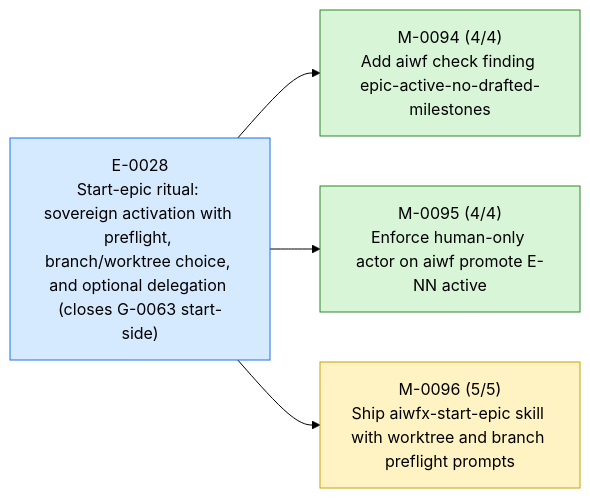
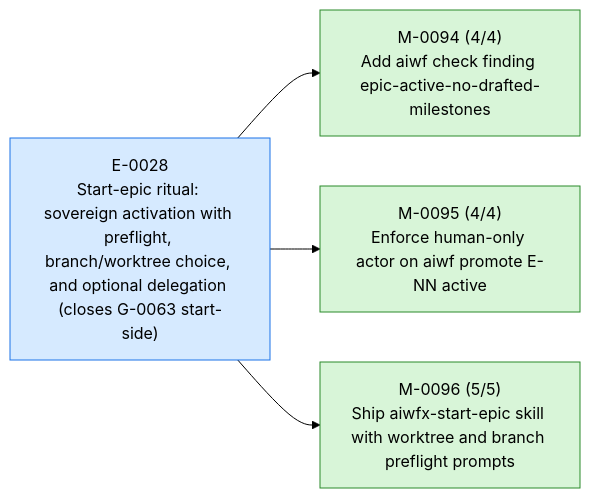
Before and after one commit to 23min/aiwf: the first of 3 diagrams in STATUS.md, drawn with Mermaid (forest theme). The commit also changed other lines of this file and 1 other file, not shown here.

First line of the commit message:
aiwf promote M-0096 in_progress -> done

````diff
--- a/STATUS.md
+++ b/STATUS.md
@@ -15,16 +15,16 @@
 ```mermaid
 flowchart LR
   E_0028["E-0028<br/>Start-epic ritual: sovereign activation with preflight, branch/worktree choice, and optional delegation (closes G-0063 start-side)"]:::epic_active
   M_0094["M-0094 (4/4)<br/>Add aiwf check finding epic-active-no-drafted-milestones"]:::ms_done
   E_0028 --> M_0094
   M_0095["M-0095 (4/4)<br/>Enforce human-only actor on aiwf promote E-NN active"]:::ms_done
   E_0028 --> M_0095
-  M_0096["M-0096 (5/5)<br/>Ship aiwfx-start-epic skill with worktree and branch preflight prompts"]:::ms_in_progress
+  M_0096["M-0096 (5/5)<br/>Ship aiwfx-start-epic skill with worktree and branch preflight prompts"]:::ms_done
   E_0028 --> M_0096
   classDef epic_active fill:#d6eaff,stroke:#1a73e8,color:#000
   classDef epic_proposed fill:#f4f4f4,stroke:#888,color:#000
   classDef ms_done fill:#d8f5d8,stroke:#2a8a2a,color:#000
   classDef ms_in_progress fill:#fff3c4,stroke:#caa400,color:#000
   classDef ms_draft fill:#f4f4f4,stroke:#888,color:#000
   classDef ms_cancelled fill:#fbeaea,stroke:#c33,color:#000
 ```
````
